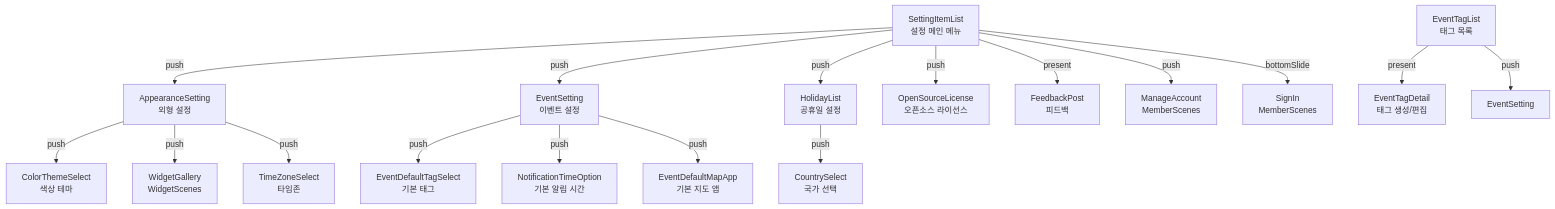
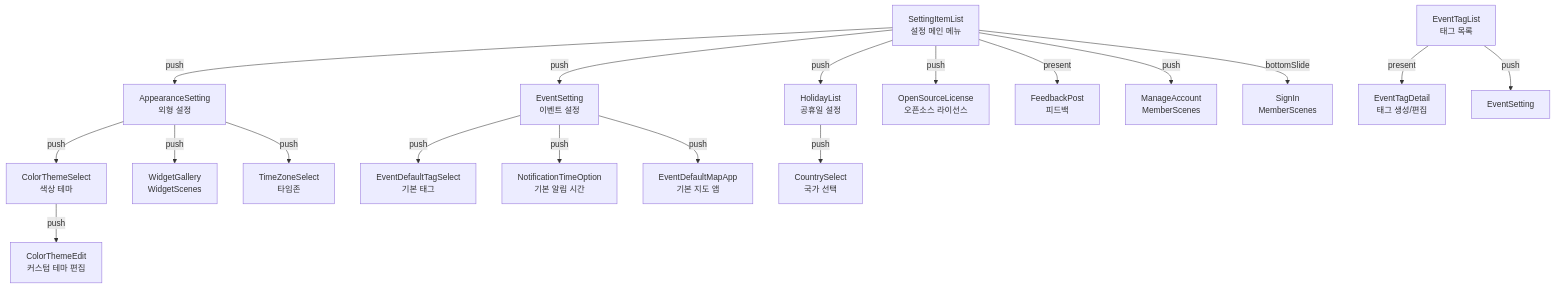
One commit to sudopark/TodoCalendar changed the first of 5 diagrams in Presentations/SettingScene/CLAUDE.md. Above: the diagram before and after it, drawn with Mermaid. The commit also changed other lines of this file and 1 other file, not shown here.

````diff
--- a/Presentations/SettingScene/CLAUDE.md
+++ b/Presentations/SettingScene/CLAUDE.md
@@ -13,23 +13,24 @@
 ```mermaid
 graph TD
     SIL[SettingItemList<br/>설정 메인 메뉴] -->|push| AS[AppearanceSetting<br/>외형 설정]
     SIL -->|push| ES[EventSetting<br/>이벤트 설정]
     SIL -->|push| HL[HolidayList<br/>공휴일 설정]
     SIL -->|push| OSL[OpenSourceLicense<br/>오픈소스 라이선스]
     SIL -->|present| FP[FeedbackPost<br/>피드백]
     SIL -->|push| MA[ManageAccount<br/>MemberScenes]
     SIL -->|bottomSlide| SI[SignIn<br/>MemberScenes]
 
     AS -->|push| CT[ColorThemeSelect<br/>색상 테마]
+    CT -->|push| CTE[ColorThemeEdit<br/>커스텀 테마 편집]
     AS -->|push| WG[WidgetGallery<br/>WidgetScenes]
     AS -->|push| TZ[TimeZoneSelect<br/>타임존]
 
     ES -->|push| ETS[EventDefaultTagSelect<br/>기본 태그]
     ES -->|push| ENT[NotificationTimeOption<br/>기본 알림 시간]
     ES -->|push| EMA[EventDefaultMapApp<br/>기본 지도 앱]
 
     HL -->|push| CS[CountrySelect<br/>국가 선택]
 
     ETL[EventTagList<br/>태그 목록] -->|present| ETD[EventTagDetail<br/>태그 생성/편집]
     ETL -->|push| ES2[EventSetting]
 ```
````
